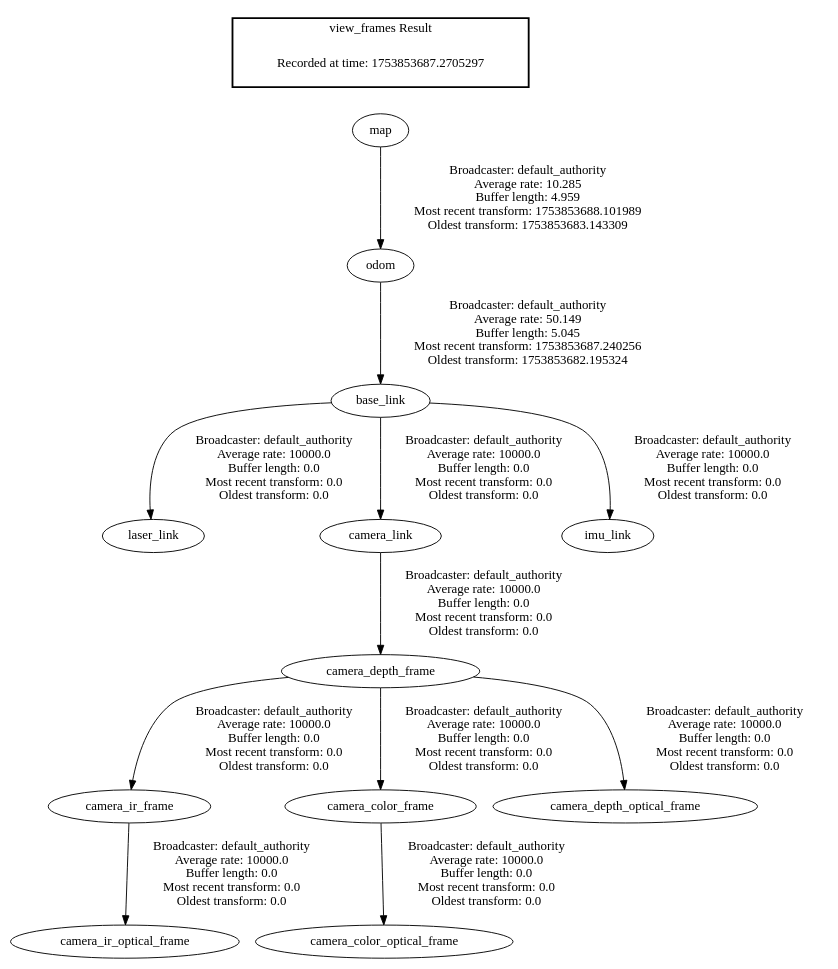
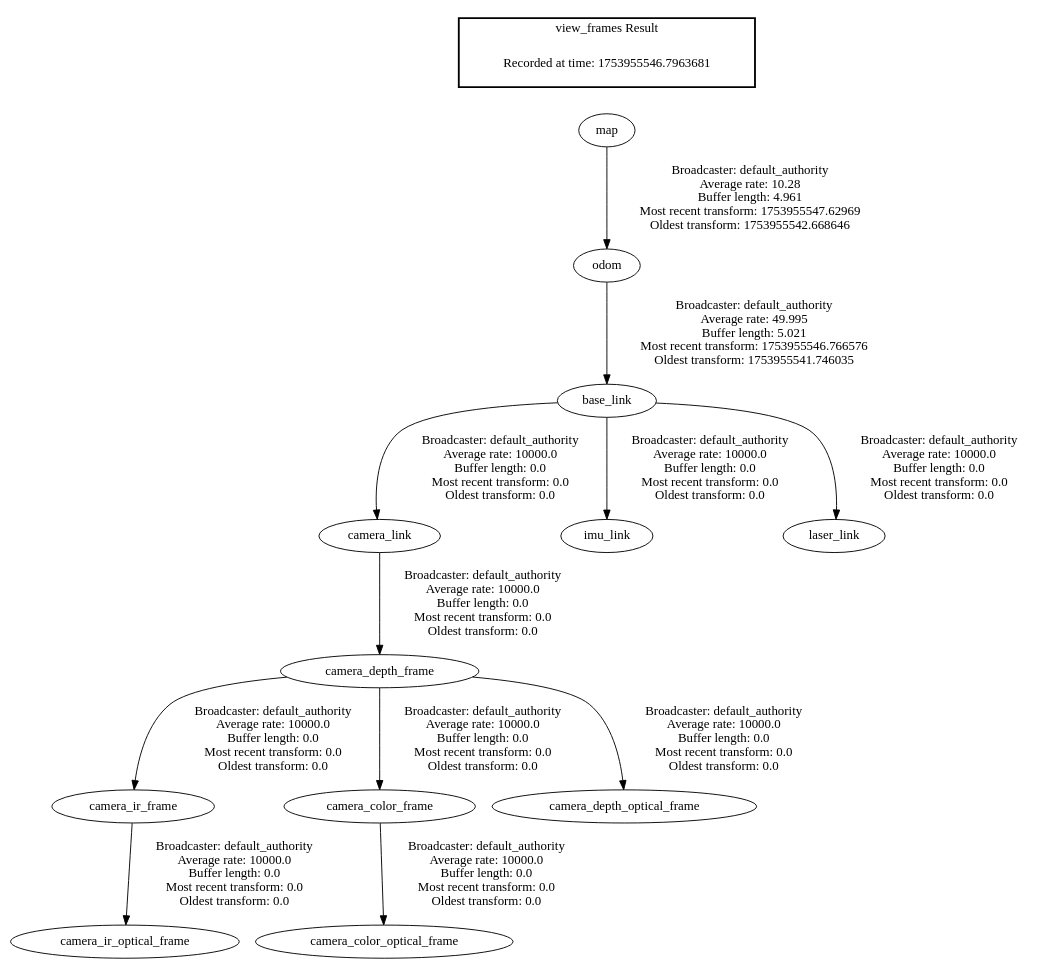
One commit to krish-rRay23/LIMO_COBOT_PROJECT changed the diagram in frames.gv. Above: the diagram before and after it, drawn with Graphviz. The commit also changed 275 other files, not shown here.

```diff
--- a/frames.gv
+++ b/frames.gv
@@ -1,17 +1,17 @@
 digraph G {
-"odom" -> "base_link"[label=" Broadcaster: default_authority\nAverage rate: 50.149\nBuffer length: 5.045\nMost recent transform: 1753853687.240256\nOldest transform: 1753853682.195324\n"];
-"map" -> "odom"[label=" Broadcaster: default_authority\nAverage rate: 10.285\nBuffer length: 4.959\nMost recent transform: 1753853688.101989\nOldest transform: 1753853683.143309\n"];
-"base_link" -> "laser_link"[label=" Broadcaster: default_authority\nAverage rate: 10000.0\nBuffer length: 0.0\nMost recent transform: 0.0\nOldest transform: 0.0\n"];
+"odom" -> "base_link"[label=" Broadcaster: default_authority\nAverage rate: 49.995\nBuffer length: 5.021\nMost recent transform: 1753955546.766576\nOldest transform: 1753955541.746035\n"];
+"map" -> "odom"[label=" Broadcaster: default_authority\nAverage rate: 10.28\nBuffer length: 4.961\nMost recent transform: 1753955547.62969\nOldest transform: 1753955542.668646\n"];
 "base_link" -> "camera_link"[label=" Broadcaster: default_authority\nAverage rate: 10000.0\nBuffer length: 0.0\nMost recent transform: 0.0\nOldest transform: 0.0\n"];
 "base_link" -> "imu_link"[label=" Broadcaster: default_authority\nAverage rate: 10000.0\nBuffer length: 0.0\nMost recent transform: 0.0\nOldest transform: 0.0\n"];
 "camera_depth_frame" -> "camera_ir_frame"[label=" Broadcaster: default_authority\nAverage rate: 10000.0\nBuffer length: 0.0\nMost recent transform: 0.0\nOldest transform: 0.0\n"];
 "camera_link" -> "camera_depth_frame"[label=" Broadcaster: default_authority\nAverage rate: 10000.0\nBuffer length: 0.0\nMost recent transform: 0.0\nOldest transform: 0.0\n"];
 "camera_ir_frame" -> "camera_ir_optical_frame"[label=" Broadcaster: default_authority\nAverage rate: 10000.0\nBuffer length: 0.0\nMost recent transform: 0.0\nOldest transform: 0.0\n"];
 "camera_depth_frame" -> "camera_color_frame"[label=" Broadcaster: default_authority\nAverage rate: 10000.0\nBuffer length: 0.0\nMost recent transform: 0.0\nOldest transform: 0.0\n"];
 "camera_color_frame" -> "camera_color_optical_frame"[label=" Broadcaster: default_authority\nAverage rate: 10000.0\nBuffer length: 0.0\nMost recent transform: 0.0\nOldest transform: 0.0\n"];
 "camera_depth_frame" -> "camera_depth_optical_frame"[label=" Broadcaster: default_authority\nAverage rate: 10000.0\nBuffer length: 0.0\nMost recent transform: 0.0\nOldest transform: 0.0\n"];
+"base_link" -> "laser_link"[label=" Broadcaster: default_authority\nAverage rate: 10000.0\nBuffer length: 0.0\nMost recent transform: 0.0\nOldest transform: 0.0\n"];
 edge [style=invis];
  subgraph cluster_legend { style=bold; color=black; label ="view_frames Result";
-"Recorded at time: 1753853687.2705297"[ shape=plaintext ] ;
+"Recorded at time: 1753955546.7963681"[ shape=plaintext ] ;
 }->"map";
 }
```
